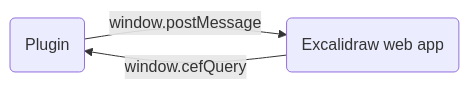
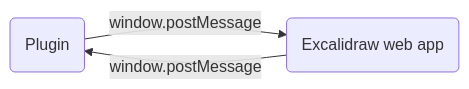
The diagram in excalidraw-assets/README.adoc (LogeshG5/silverbullet-excalidraw), drawn with Mermaid before and after one commit. The commit also changed other lines of this file and 6 other files, not shown here.

```diff
--- a/excalidraw-assets/README.adoc
+++ b/excalidraw-assets/README.adoc
@@ -42,6 +42,6 @@
 [mermaid]
 ----
 graph LR
 A(Plugin) -->|window.postMessage| B(Excalidraw web app)
-B(Excalidraw web app) -->|window.cefQuery| A(Plugin)
+B(Excalidraw web app) -->|window.postMessage| A(Plugin)
 ----
```
